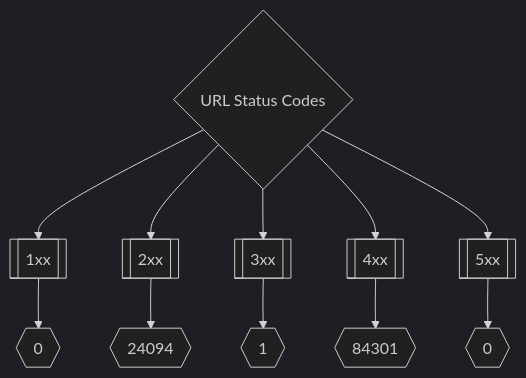
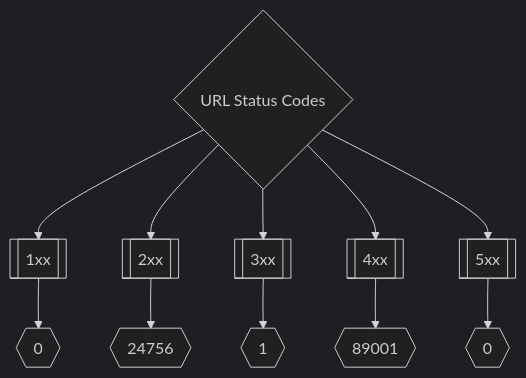
Before and after one commit to trickest/inventory: the second of 3 diagrams in README.md, drawn with Mermaid (dark theme). The commit also changed other lines of this file and 115 other files, not shown here.

````diff
--- a/README.md
+++ b/README.md
@@ -173,8 +173,8 @@
 ```mermaid
 graph TD
 title{URL Status Codes} --> 1xx[[1xx]] --> status1xxNum{{0}}
-title --> 2xx[[2xx]] --> status2xxNum{{24094}}
+title --> 2xx[[2xx]] --> status2xxNum{{24756}}
 title --> 3xx[[3xx]] --> status3xxNum{{1}}
-title --> 4xx[[4xx]] --> status4xxNum{{84301}}
+title --> 4xx[[4xx]] --> status4xxNum{{89001}}
 title --> 5xx[[5xx]] --> status5xxNum{{0}}
 ```
````
